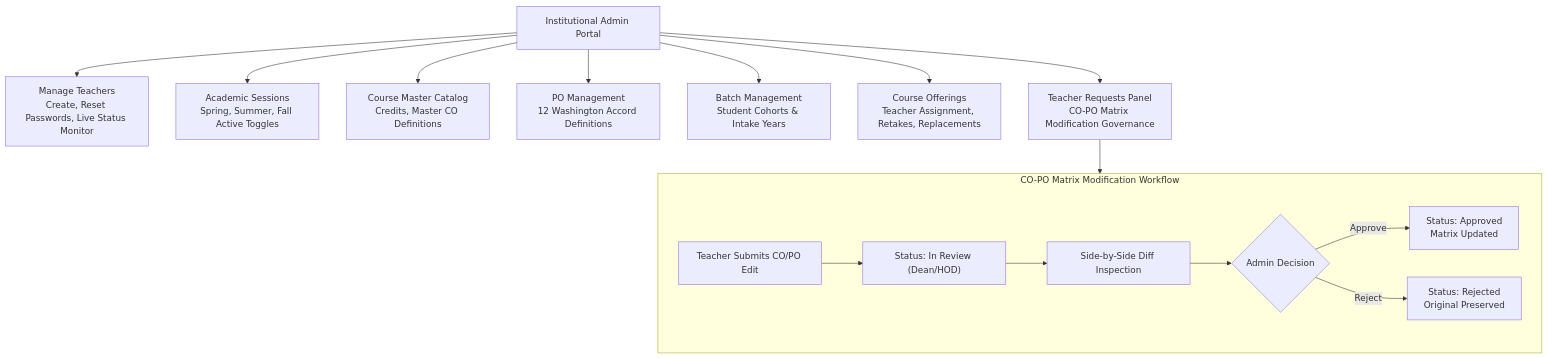
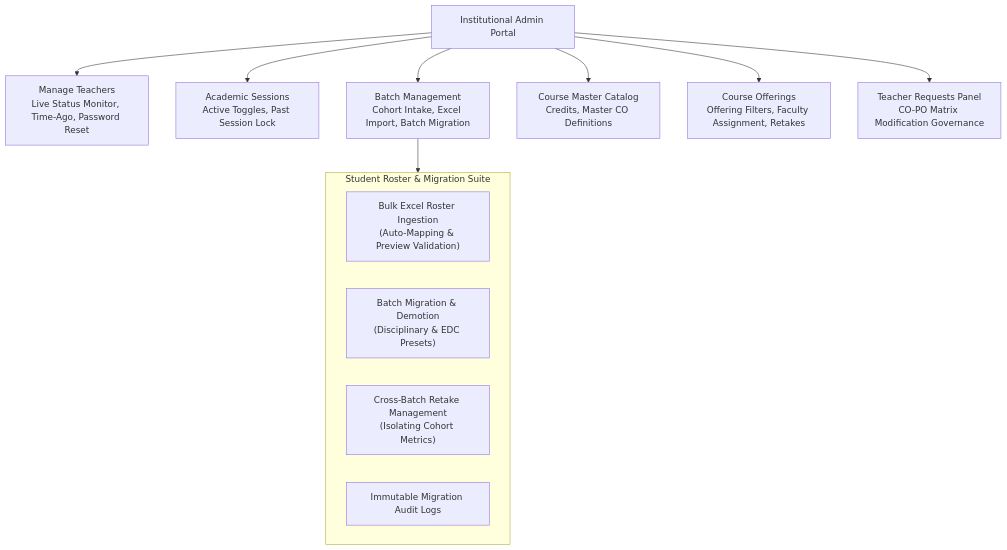
One commit to sarkarjoy86/Student-Outcome-Analyzer changed the seventh of 7 diagrams in README.md. Above: the diagram before and after it, drawn with Mermaid. The commit also changed other lines of this file, not shown here.

````diff
--- a/README.md
+++ b/README.md
@@ -530,20 +655,18 @@
 ```mermaid
 graph TD
-    Admin[Institutional Admin Portal] --> Teachers[Manage Teachers\nCreate, Reset Passwords, Live Status Monitor]
-    Admin --> Sessions[Academic Sessions\nSpring, Summer, Fall Active Toggles]
+    Admin[Institutional Admin Portal] --> Teachers[Manage Teachers\nLive Status Monitor, Time-Ago, Password Reset]
+    Admin --> Sessions[Academic Sessions\nActive Toggles, Past Session Lock]
+    Admin --> Batches[Batch Management\nCohort Intake, Excel Import, Batch Migration]
     Admin --> Courses[Course Master Catalog\nCredits, Master CO Definitions]
-    Admin --> POs[PO Management\n12 Washington Accord Definitions]
-    Admin --> Batches[Batch Management\nStudent Cohorts & Intake Years]
-    Admin --> Offerings[Course Offerings\nTeacher Assignment, Retakes, Replacements]
+    Admin --> Offerings[Course Offerings\nOffering Filters, Faculty Assignment, Retakes]
     Admin --> Requests[Teacher Requests Panel\nCO-PO Matrix Modification Governance]
 
-    subgraph RequestWorkflow ["CO-PO Matrix Modification Workflow"]
-        ReqSubmitted["Teacher Submits CO/PO Edit"] --> ReqReview["Status: In Review (Dean/HOD)"]
-        ReqReview --> ViewDiff["Side-by-Side Diff Inspection"]
-        ViewDiff --> Decision{"Admin Decision"}
-        Decision -->|Approve| ReqApproved["Status: Approved\nMatrix Updated"]
-        Decision -->|Reject| ReqRejected["Status: Rejected\nOriginal Preserved"]
+    subgraph BatchOps ["Student Roster & Migration Suite"]
+        ExcelImport["Bulk Excel Roster Ingestion\n(Auto-Mapping & Preview Validation)"]
+        BatchMigration["Batch Migration & Demotion\n(Disciplinary & EDC Presets)"]
+        RetakeOps["Cross-Batch Retake Management\n(Isolating Cohort Metrics)"]
+        MigrationHistory["Immutable Migration Audit Logs"]
     end
 
-    Requests --> RequestWorkflow
+    Batches --> BatchOps
 ```
````
